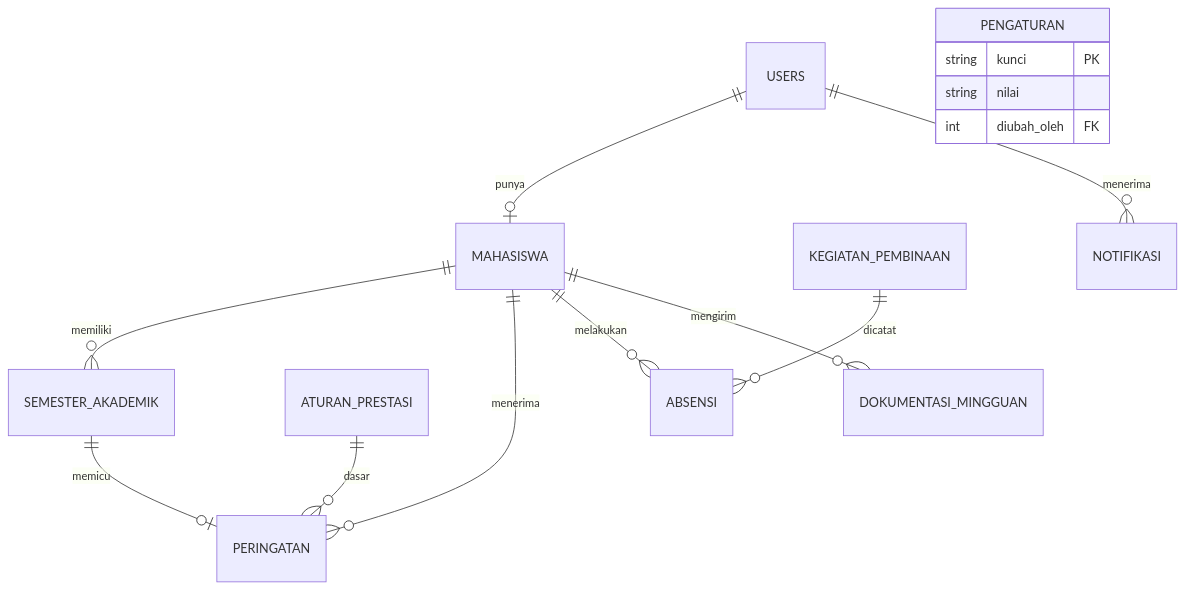
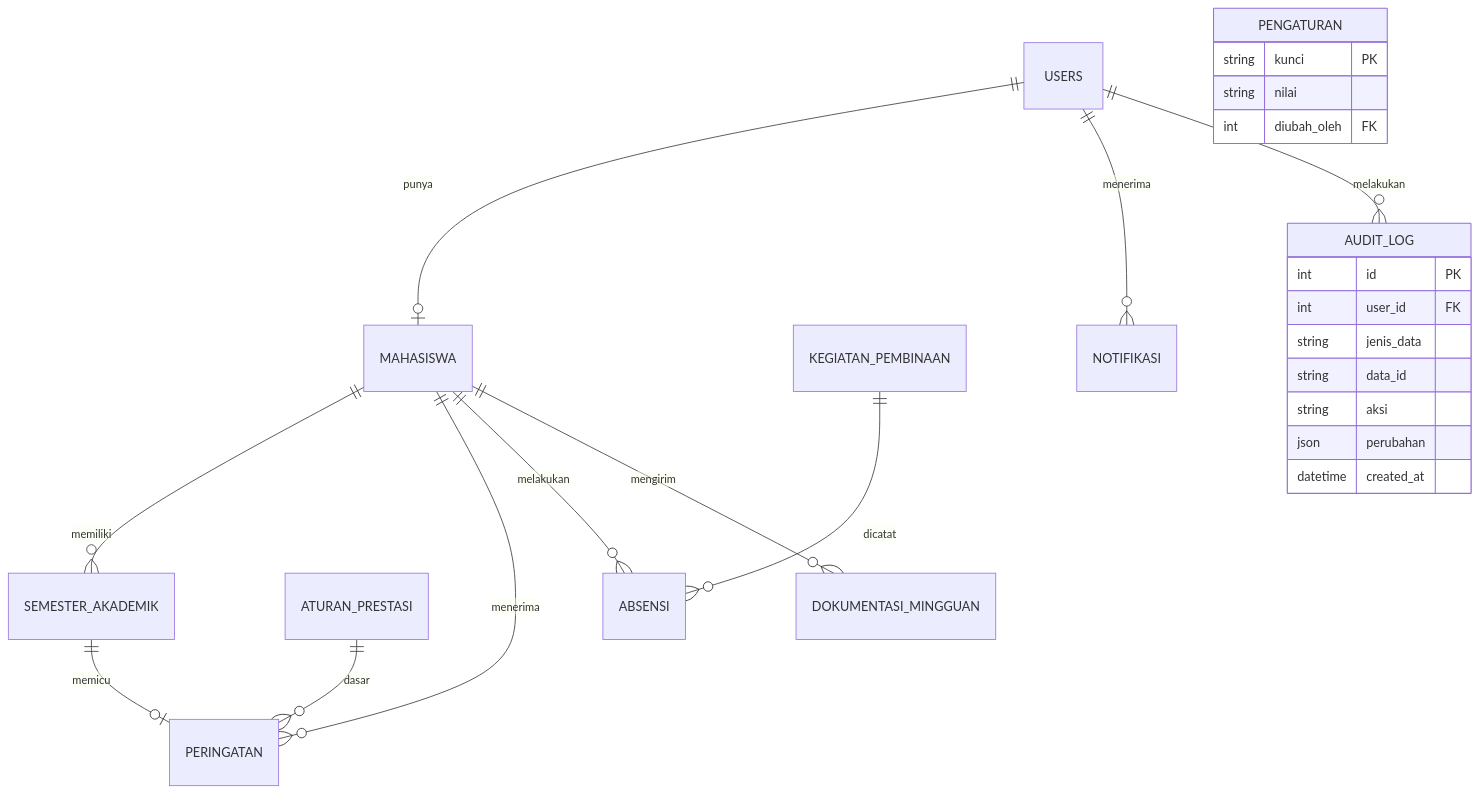
The diagram in design.md (syakirrabdilah-wq/projects-pengelolaan-program-kipk), drawn with Mermaid before and after one commit. The commit also changed other lines of this file and 172 other files, not shown here.

````diff
--- a/design.md
+++ b/design.md
@@ -56,17 +56,27 @@
 ```mermaid
 erDiagram
   USERS ||--o| MAHASISWA : punya
   MAHASISWA ||--o{ SEMESTER_AKADEMIK : memiliki
   MAHASISWA ||--o{ PERINGATAN : menerima
   ATURAN_PRESTASI ||--o{ PERINGATAN : dasar
   SEMESTER_AKADEMIK ||--o| PERINGATAN : memicu
   MAHASISWA ||--o{ ABSENSI : melakukan
   KEGIATAN_PEMBINAAN ||--o{ ABSENSI : dicatat
   MAHASISWA ||--o{ DOKUMENTASI_MINGGUAN : mengirim
   USERS ||--o{ NOTIFIKASI : menerima
+  USERS ||--o{ AUDIT_LOG : melakukan
+  AUDIT_LOG {
+    int id PK
+    int user_id FK
+    string jenis_data
+    string data_id
+    string aksi
+    json perubahan
+    datetime created_at
+  }
   PENGATURAN {
     string kunci PK
     string nilai
     int diubah_oleh FK
   }
 ```
````
